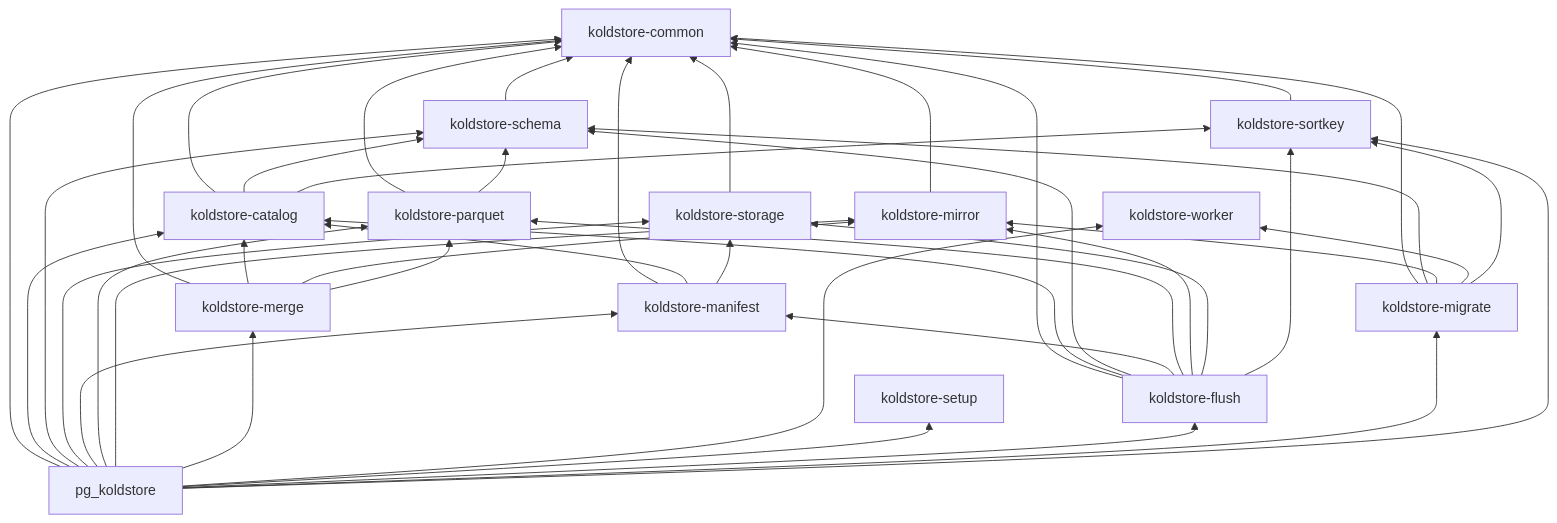
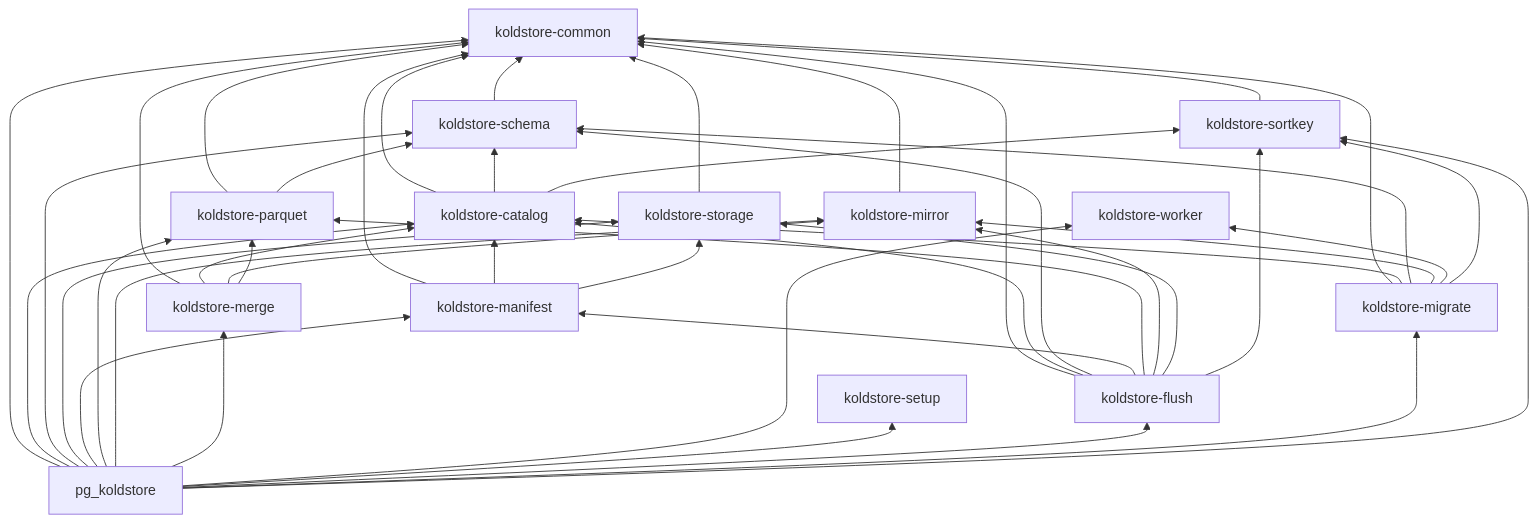
Before and after one commit to kalamdb/koldstore: the diagram in docs/architecture/crate-architecture.md, drawn with Mermaid. The commit also changed other lines of this file and 66 other files, not shown here.

````diff
--- a/docs/architecture/crate-architecture.md
+++ b/docs/architecture/crate-architecture.md
@@ -47,60 +49,61 @@
 ```mermaid
 flowchart BT
     common[koldstore-common]
     sortkey[koldstore-sortkey]
     catalog[koldstore-catalog]
     schema[koldstore-schema]
     storage[koldstore-storage]
     parquet[koldstore-parquet]
     manifest[koldstore-manifest]
     mirror[koldstore-mirror]
     merge[koldstore-merge]
     worker[koldstore-worker]
     setup[koldstore-setup]
     flush[koldstore-flush]
     migrate[koldstore-migrate]
     pg[pg_koldstore]
 
     sortkey --> common
     catalog --> common
     catalog --> schema
     catalog --> sortkey
     schema --> common
     storage --> common
     parquet --> common
     parquet --> schema
     manifest --> common
     manifest --> catalog
     manifest --> storage
     mirror --> common
     merge --> common
     merge --> catalog
     merge --> mirror
     merge --> parquet
     flush --> common
     flush --> catalog
     flush --> schema
     flush --> manifest
     flush --> parquet
     flush --> mirror
     flush --> storage
     flush --> sortkey
     migrate --> common
+    migrate --> catalog
     migrate --> schema
     migrate --> mirror
     migrate --> worker
     migrate --> sortkey
     pg --> common
     pg --> catalog
     pg --> schema
     pg --> storage
     pg --> manifest
     pg --> parquet
     pg --> mirror
     pg --> merge
     pg --> worker
     pg --> setup
     pg --> flush
     pg --> migrate
     pg --> sortkey
 ```
````
